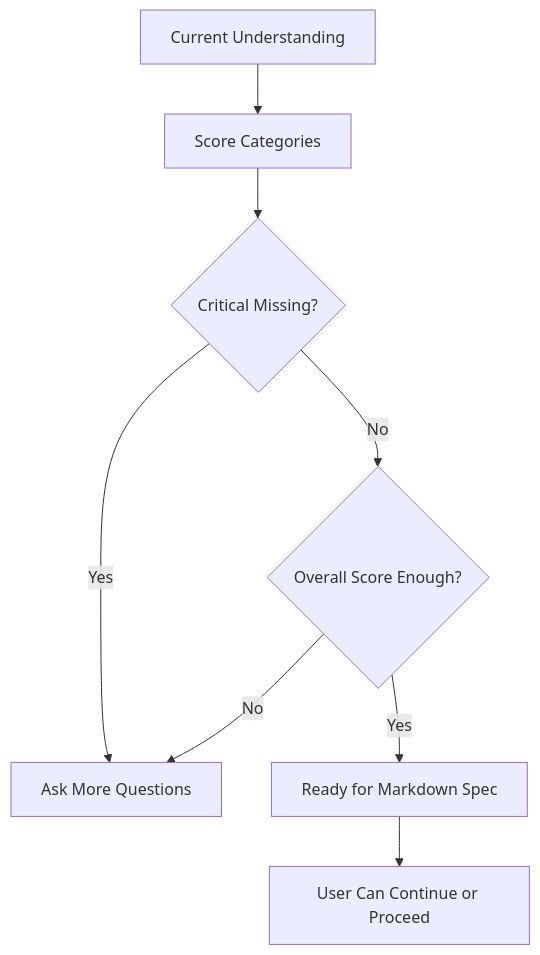
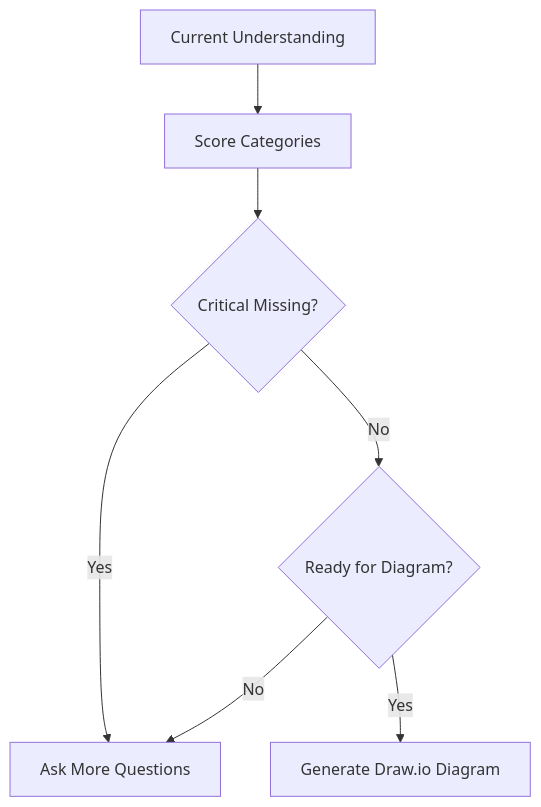
Before and after one commit to ProductMasterz/Mujarrad-Frontend: diagram 11 of 19 in Docs/system-design-detailed-plan.md, drawn with Mermaid. The commit also changed other lines of this file, not shown here.

Commit message:
Sync corrected system design roadmap

````diff
--- a/Docs/system-design-detailed-plan.md
+++ b/Docs/system-design-detailed-plan.md
@@ -1538,10 +1573,9 @@
 ```mermaid
 flowchart TD
     A[Current Understanding] --> B[Score Categories]
     B --> C{Critical Missing?}
     C -->|Yes| D[Ask More Questions]
-    C -->|No| E{Overall Score Enough?}
+    C -->|No| E{Ready for Diagram?}
     E -->|No| D
-    E -->|Yes| F[Ready for Markdown Spec]
-    F --> G[User Can Continue or Proceed]
+    E -->|Yes| F[Generate Draw.io Diagram]
 ```
````
